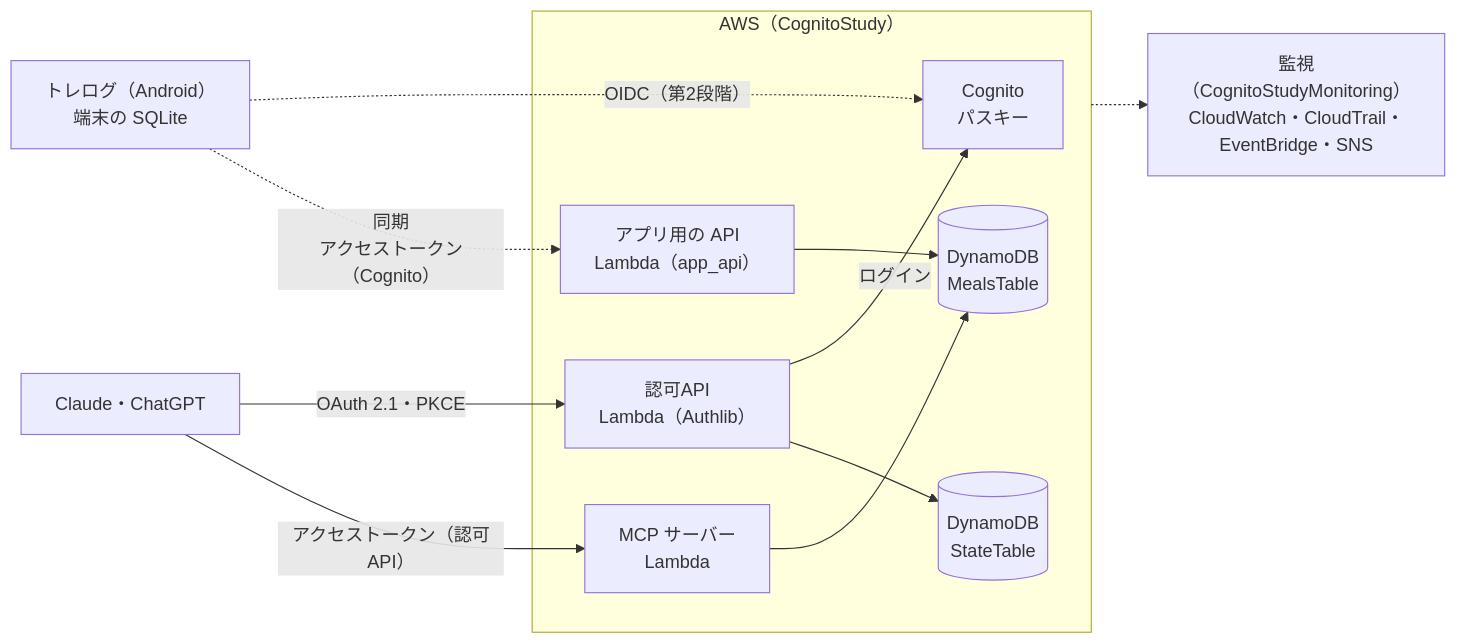
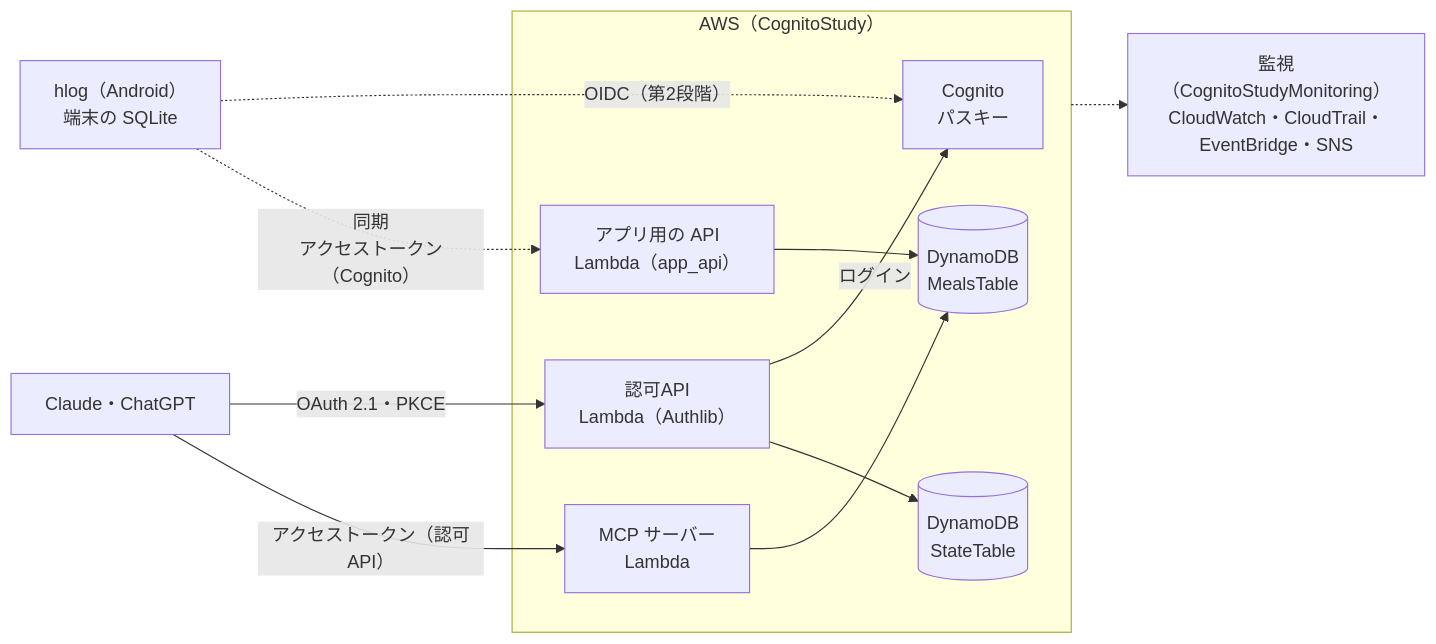
The diagram in README.md (ykitaza/health-log), drawn with Mermaid before and after one commit. The commit also changed other lines of this file and 12 other files, not shown here.

````diff
--- a/README.md
+++ b/README.md
@@ -24,24 +24,24 @@
 ```mermaid
 flowchart LR
-  app["トレログ（Android）<br>端末の SQLite"]
+  app["hlog（Android）<br>端末の SQLite"]
   chat["Claude・ChatGPT"]
   subgraph aws["AWS（CognitoStudy）"]
     cognito["Cognito<br>パスキー"]
     authz["認可API<br>Lambda（Authlib）"]
     mcp["MCP サーバー<br>Lambda"]
     appapi["アプリ用の API<br>Lambda（app_api）"]
     meals[("DynamoDB<br>MealsTable")]
     state[("DynamoDB<br>StateTable")]
   end
   mon["監視（CognitoStudyMonitoring）<br>CloudWatch・CloudTrail・EventBridge・SNS"]
 
   chat -- "OAuth 2.1・PKCE" --> authz
   authz -- ログイン --> cognito
   authz --> state
   chat -- "アクセストークン（認可API）" --> mcp
   app -. "OIDC（第2段階）" .-> cognito
   app -. "同期<br>アクセストークン（Cognito）" .-> appapi
   mcp --> meals
   appapi --> meals
   aws -.-> mon
 ```
````
